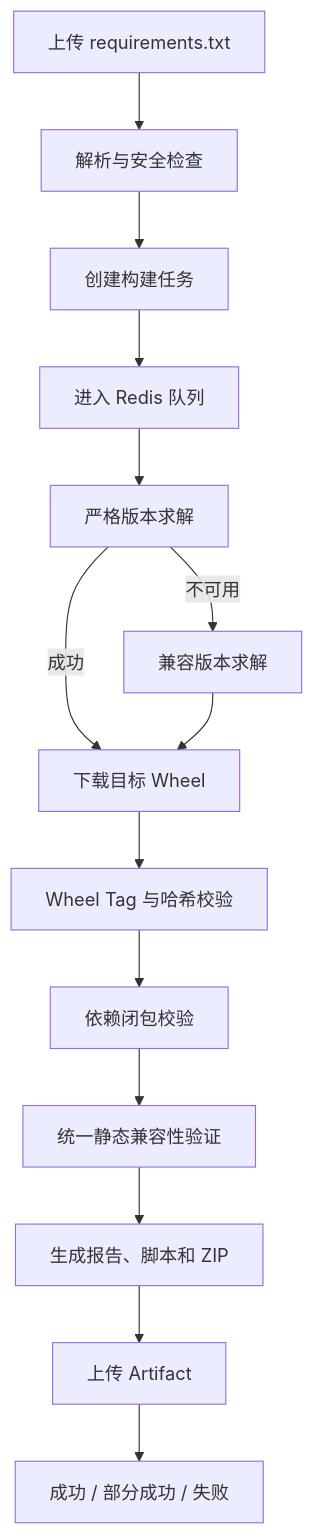
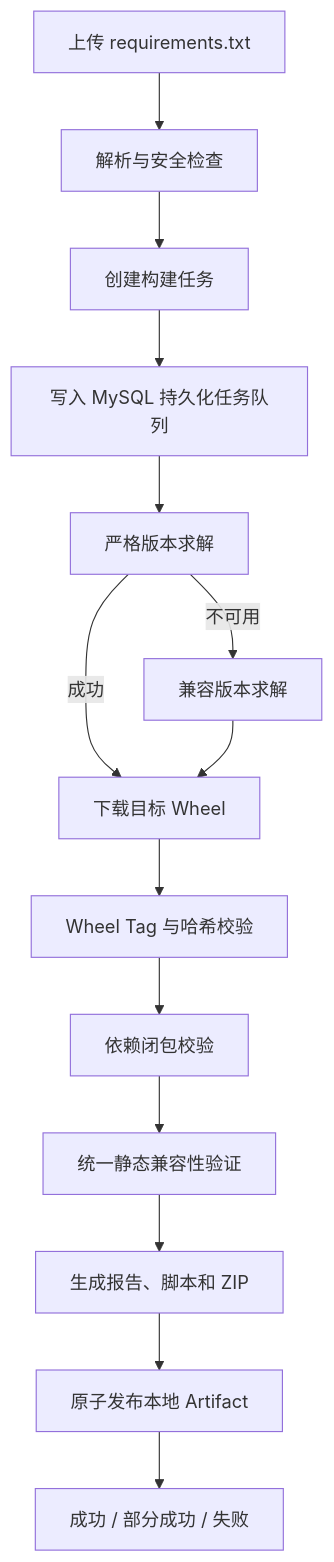
Before and after one commit to Endorphin1203/wheelforge: the second of 2 diagrams in docs/superpowers/specs/2026-07-22-wheelforge-backend-worker-design.md, drawn with Mermaid. The commit also changed other lines of this file and 4 other files, not shown here.

````diff
--- a/docs/superpowers/specs/2026-07-22-wheelforge-backend-worker-design.md
+++ b/docs/superpowers/specs/2026-07-22-wheelforge-backend-worker-design.md
@@ -158,16 +159,16 @@
 ```mermaid
 flowchart TD
     Upload["上传 requirements.txt"] --> Parse["解析与安全检查"]
     Parse --> Create["创建构建任务"]
-    Create --> Queue["进入 Redis 队列"]
+    Create --> Queue["写入 MySQL 持久化任务队列"]
     Queue --> Strict["严格版本求解"]
     Strict -->|成功| Download["下载目标 Wheel"]
     Strict -->|不可用| Compatible["兼容版本求解"]
     Compatible --> Download
     Download --> Tag["Wheel Tag 与哈希校验"]
     Tag --> Closure["依赖闭包校验"]
     Closure --> Static["统一静态兼容性验证"]
     Static --> Package["生成报告、脚本和 ZIP"]
-    Package --> Artifact["上传 Artifact"]
+    Package --> Artifact["原子发布本地 Artifact"]
     Artifact --> Result["成功 / 部分成功 / 失败"]
 ```
````
